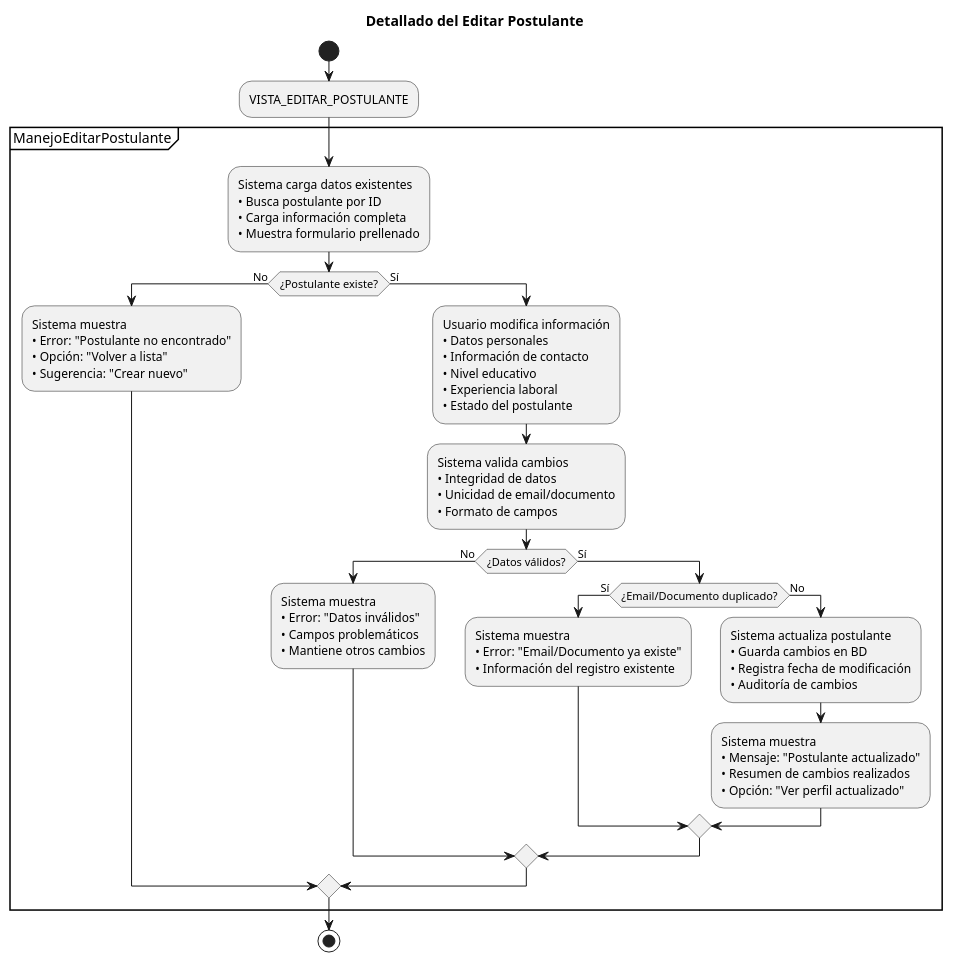
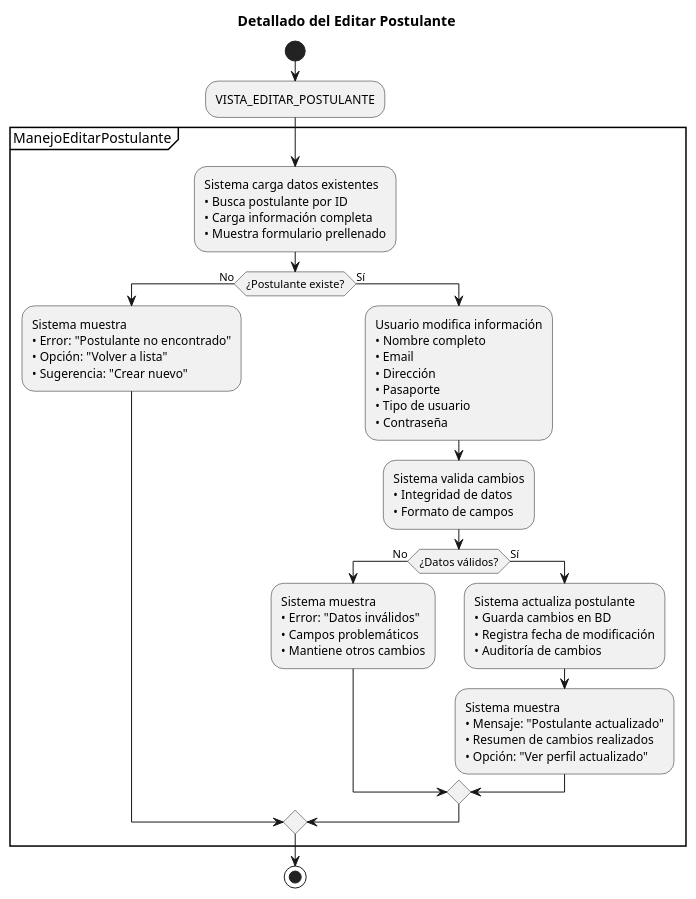
The diagram in casos_de_uso/diagramas_casos_de_uso_detallados/editar_postulante.puml (Dievex/24-25-IdSw1-SDR), drawn with PlantUML before and after one commit.

Commit message:
refactor(diagrams): update edit applicant use case diagram

```diff
--- a/casos_de_uso/diagramas_casos_de_uso_detallados/editar_postulante.puml
+++ b/casos_de_uso/diagramas_casos_de_uso_detallados/editar_postulante.puml
@@ -1,66 +1,62 @@
 @startuml
 title Detallado del Editar Postulante
 
 start
 
 :VISTA_EDITAR_POSTULANTE;
 
 partition ManejoEditarPostulante {
   
   :Sistema carga datos existentes
   • Busca postulante por ID
   • Carga información completa
   • Muestra formulario prellenado;
   
   if (¿Postulante existe?) then (No)
     :Sistema muestra
     • Error: "Postulante no encontrado"
     • Opción: "Volver a lista"
     • Sugerencia: "Crear nuevo";
     
   else (Sí)
     :Usuario modifica información
-    • Datos personales
-    • Información de contacto
-    • Nivel educativo
-    • Experiencia laboral
-    • Estado del postulante;
+    • Nombre completo
+    • Email
+    • Dirección
+    • Pasaporte
+    • Tipo de usuario
+    • Contraseña;
     
     :Sistema valida cambios
     • Integridad de datos
-    • Unicidad de email/documento
     • Formato de campos;
     
     if (¿Datos válidos?) then (No)
       :Sistema muestra
       • Error: "Datos inválidos"
       • Campos problemáticos
       • Mantiene otros cambios;
       
     else (Sí)
-      if (¿Email/Documento duplicado?) then (Sí)
-        :Sistema muestra
-        • Error: "Email/Documento ya existe"
-        • Información del registro existente;
-        
-      else (No)
+  
+      
         :Sistema actualiza postulante
         • Guarda cambios en BD
         • Registra fecha de modificación
         • Auditoría de cambios;
         
         :Sistema muestra
         • Mensaje: "Postulante actualizado"
         • Resumen de cambios realizados
         • Opción: "Ver perfil actualizado";
         
-      endif
+      
       
     endif
     
   endif
   
 }
 
 stop
 @enduml
```
